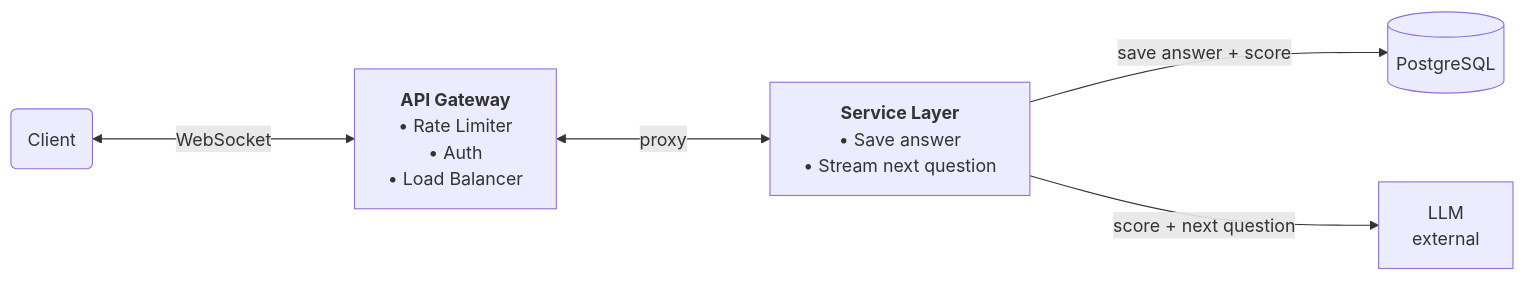
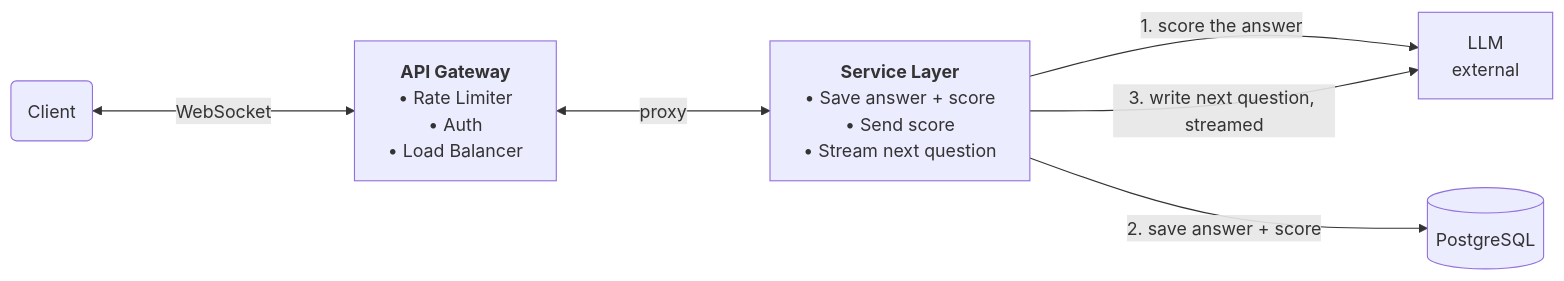
Before and after one commit to shivam-tamboli/GrillMyProject: the second of 4 diagrams in SYSTEM_DESIGN.md, drawn with Mermaid. The commit also changed other lines of this file, not shown here.

Commit message:
docs: deep dive 1 follows the two call flow

````diff
--- a/SYSTEM_DESIGN.md
+++ b/SYSTEM_DESIGN.md
@@ -336,14 +337,15 @@
 ```mermaid
 %%{init: {'flowchart': {'nodeSpacing': 80, 'rankSpacing': 150}}}%%
 flowchart LR
     Client(Client)
     GW["<b>API Gateway</b><br/>• Rate Limiter<br/>• Auth<br/>• Load Balancer"]
-    SVC["<b>Service Layer</b><br/>• Save answer<br/>• Stream next question"]
+    SVC["<b>Service Layer</b><br/>• Save answer + score<br/>• Send score<br/>• Stream next question"]
     PG[(PostgreSQL)]
     LLM["LLM<br/>external"]
 
     Client <-->|WebSocket| GW
     GW <-->|proxy| SVC
-    SVC -->|save answer + score| PG
-    SVC -->|score + next question| LLM
+    SVC -->|1. score the answer| LLM
+    SVC -->|2. save answer + score| PG
+    SVC -->|3. write next question, streamed| LLM
 ```
````
